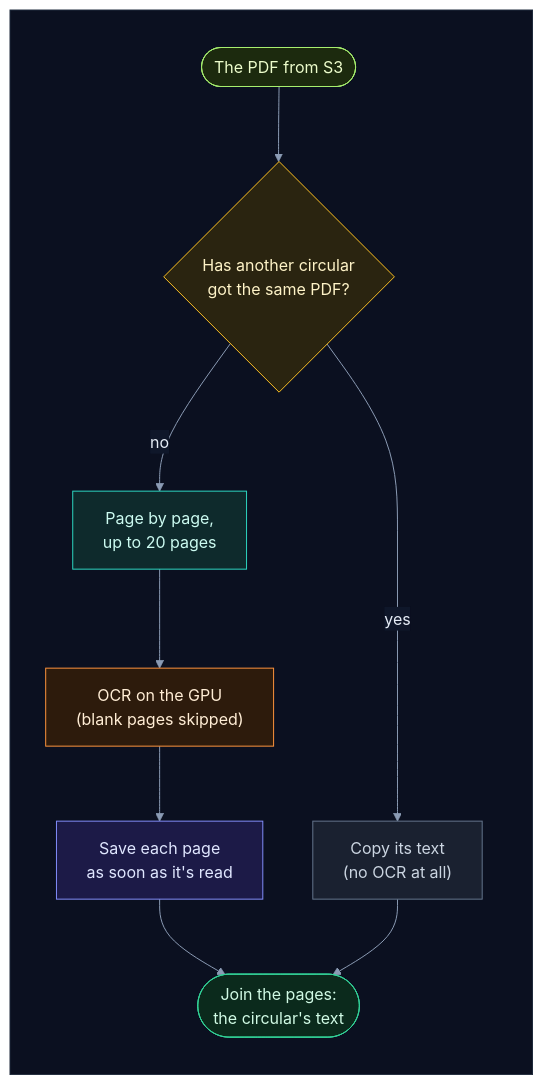
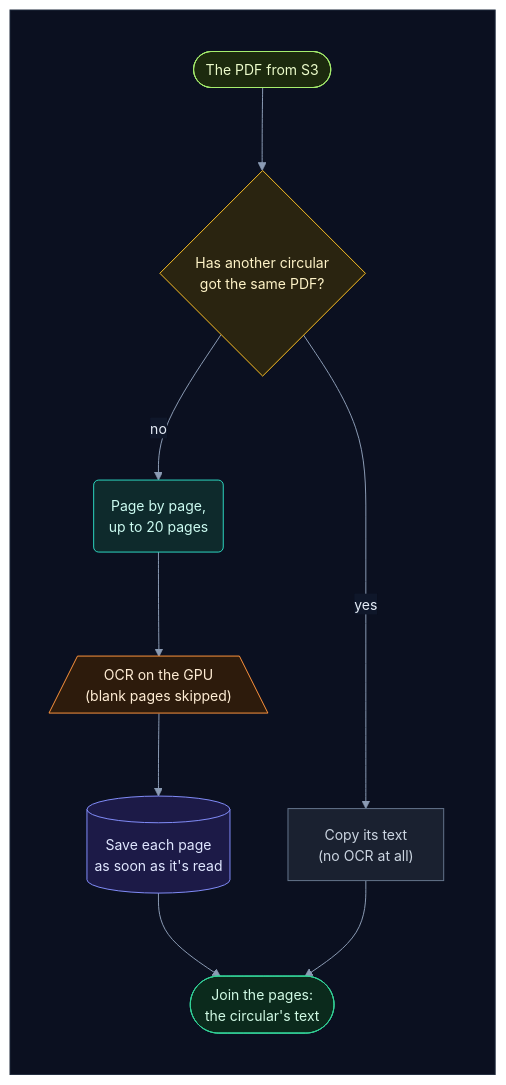
Before and after one commit to selvakumarperumal/Regulatory_Circular_Impact_Agent: the eighth of 57 diagrams in how_it_works.md, drawn with Mermaid. The commit also changed other lines of this file and 5 other files, not shown here.

Commit message:
Give the docs' flowcharts a shape per kind of part, more room and slightly smaller text

````diff
--- a/how_it_works.md
+++ b/how_it_works.md
@@ -485,32 +485,32 @@
 ```mermaid
-%%{init: {"theme": "base", "flowchart": {"diagramPadding": 0}, "themeVariables": {"darkMode": true, "primaryColor": "#16213a", "primaryTextColor": "#e6edf7", "primaryBorderColor": "#475a7a", "lineColor": "#8b9bb4", "secondaryColor": "#1b2436", "tertiaryColor": "#101a2e", "edgeLabelBackground": "#0f172a", "textColor": "#e2e8f0", "clusterBkg": "#0f1728", "clusterBorder": "#2b3a55", "titleColor": "#c4b5fd", "nodeTextColor": "#e6edf7"}}}%%
+%%{init: {"theme": "base", "flowchart": {"diagramPadding": 0, "nodeSpacing": 58, "rankSpacing": 58, "curve": "basis"}, "themeVariables": {"fontSize": "14px", "darkMode": true, "primaryColor": "#16213a", "primaryTextColor": "#e6edf7", "primaryBorderColor": "#475a7a", "lineColor": "#8b9bb4", "secondaryColor": "#1b2436", "tertiaryColor": "#101a2e", "edgeLabelBackground": "#0f172a", "textColor": "#e2e8f0", "clusterBkg": "#0f1728", "clusterBorder": "#2b3a55", "titleColor": "#c4b5fd", "nodeTextColor": "#e6edf7"}}}%%
 flowchart TD
     subgraph canvas[" "]
         direction TB
         a(["The PDF from S3"]) --> t{"Has another circular<br/>got the same PDF?"}
         t -->|"yes"| c["Copy its text<br/>(no OCR at all)"]
-        t -->|"no"| d["Page by page,<br/>up to 20 pages"]
-        d --> o["OCR on the GPU<br/>(blank pages skipped)"]
-        o --> p["Save each page<br/>as soon as it's read"]
+        t -->|"no"| d("Page by page,<br/>up to 20 pages")
+        d --> o[/"OCR on the GPU<br/>(blank pages skipped)"\]
+        o --> p[("Save each page<br/>as soon as it's read")]
         p --> j(["Join the pages:<br/>the circular's text"])
         c --> j
     end
     classDef svc fill:#0e2a2c,stroke:#2dd4bf,color:#ccfbf1
     classDef data fill:#1c1a47,stroke:#818cf8,color:#e0e7ff
     classDef ext fill:#2a1640,stroke:#c084fc,color:#f3e8ff
     classDef gpu fill:#2d1b0c,stroke:#fb923c,color:#ffedd5
     classDef ask fill:#2a2410,stroke:#fbbf24,color:#fef3c7
     classDef ok fill:#0b2a1c,stroke:#34d399,color:#d1fae5
     classDef bad fill:#2e0f17,stroke:#fb7185,color:#ffe4e6
     classDef start fill:#1c2a0e,stroke:#a7ef6f,color:#ecfccb
     classDef muted fill:#1a2130,stroke:#64748b,color:#cbd5e1
     classDef queue fill:#0c2231,stroke:#38bdf8,color:#e0f2fe
     class a start
     class t ask
     class c muted
     class d svc
     class o gpu
     class p data
     class j ok
     style canvas fill:#0b1020,stroke:#1e293b,color:#0b1020
 ```
````
